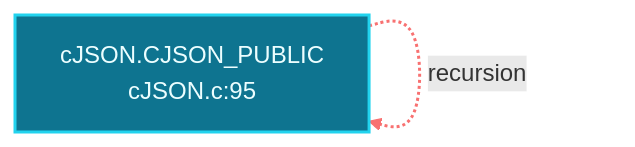
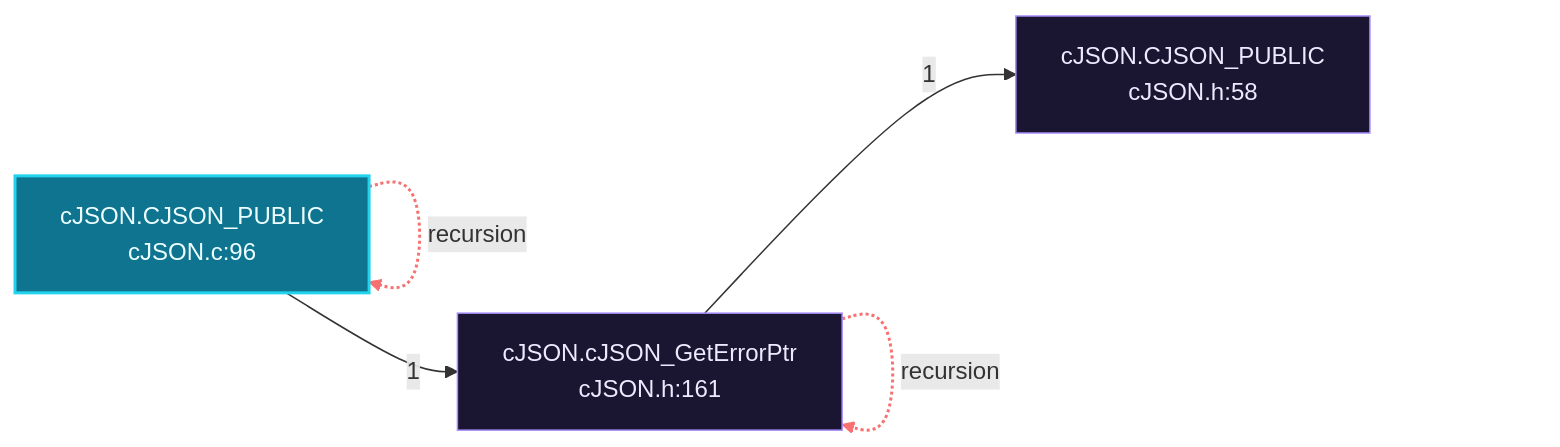
The second of 7 diagrams in readmenator-apidocs/architecture.md (grisuno/blacksandbeacon), drawn with Mermaid before and after one commit. The commit also changed other lines of this file and 380 other files, not shown here.

````diff
--- a/readmenator-apidocs/architecture.md
+++ b/readmenator-apidocs/architecture.md
@@ -49,7 +64,13 @@
 ```mermaid
 flowchart LR
     classDef entry fill:#0e7490,stroke:#22d3ee,color:#ecfeff,stroke-width:2px;
-    n_cJSON_c__CJSON_PUBLIC["cJSON.CJSON_PUBLIC<br/>cJSON.c:95"]:::entry
+    classDef external fill:#1a1530,stroke:#a78bfa,color:#ede9fe;
+    n_cJSON_c__CJSON_PUBLIC["cJSON.CJSON_PUBLIC<br/>cJSON.c:96"]:::entry
+    n_cJSON_h__cJSON_GetErrorPtr["cJSON.cJSON_GetErrorPtr<br/>cJSON.h:161"]:::external
+    n_cJSON_h__CJSON_PUBLIC["cJSON.CJSON_PUBLIC<br/>cJSON.h:58"]:::external
     n_cJSON_c__CJSON_PUBLIC -.->|"recursion"| n_cJSON_c__CJSON_PUBLIC
-    linkStyle 0 stroke:#f87171,stroke-width:2px;
+    n_cJSON_c__CJSON_PUBLIC -->|"1"| n_cJSON_h__cJSON_GetErrorPtr
+    n_cJSON_h__cJSON_GetErrorPtr -->|"1"| n_cJSON_h__CJSON_PUBLIC
+    n_cJSON_h__cJSON_GetErrorPtr -.->|"recursion"| n_cJSON_h__cJSON_GetErrorPtr
+    linkStyle 0,3 stroke:#f87171,stroke-width:2px;
 ```
````
